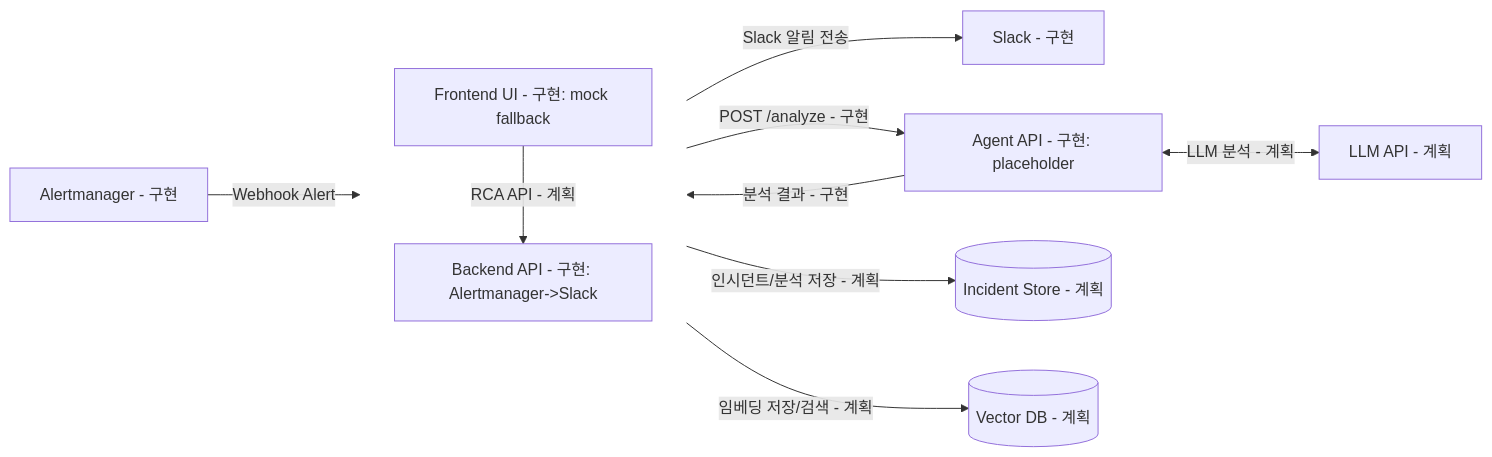
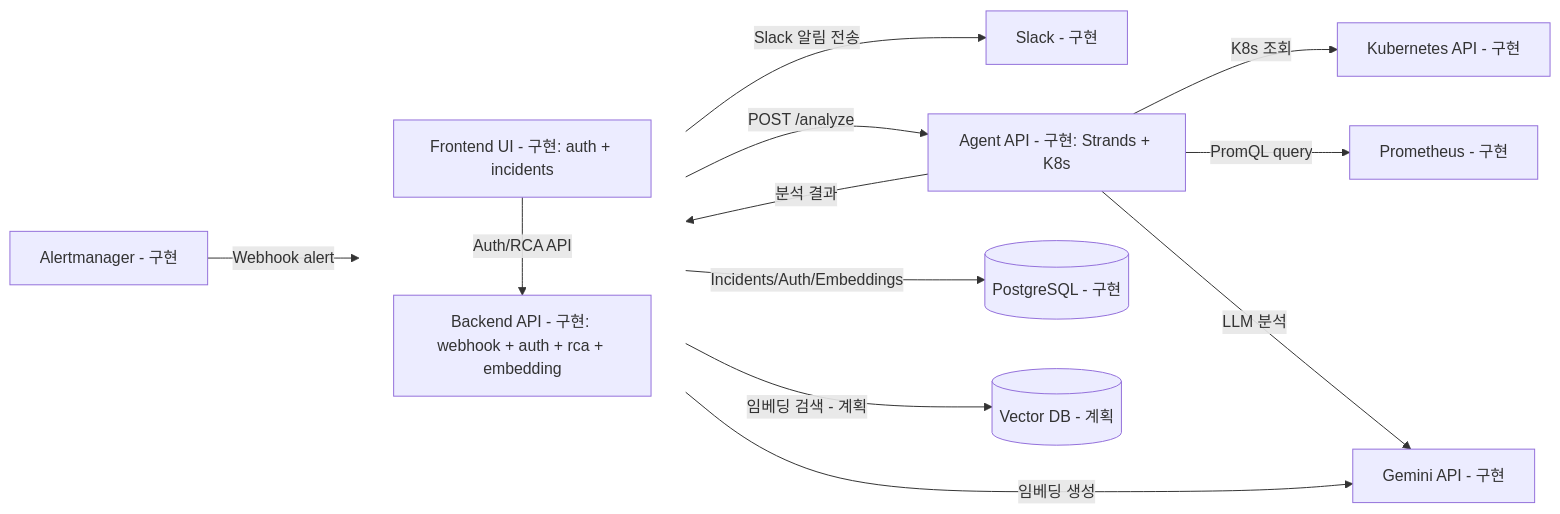
Before and after one commit to kube-rca/kuberca: the diagram in docs/diagrams/system_context_diagram.md, drawn with Mermaid. The commit also changed 5 other files, not shown here.

Commit message:
docs(github): update docs and diagrams

````diff
--- a/docs/diagrams/system_context_diagram.md
+++ b/docs/diagrams/system_context_diagram.md
@@ -1,31 +1,36 @@
 ```mermaid
 flowchart LR
   %% External
   AM[Alertmanager - 구현]
   SL[Slack - 구현]
-  LLM[LLM API - 계획]
+  LLM[Gemini API - 구현]
+  PR[Prometheus - 구현]
+  K8S[Kubernetes API - 구현]
 
   %% Internal
   subgraph Core[" "]
     direction TB
-    FE[Frontend UI - 구현: mock fallback]
-    BE[Backend API - 구현: Alertmanager->Slack]
+    FE[Frontend UI - 구현: auth + incidents]
+    BE[Backend API - 구현: webhook + auth + rca + embedding]
   end
   style Core fill:transparent,stroke:transparent
 
-  AG[Agent API - 구현: placeholder]
-  DB[(Incident Store - 계획)]
+  AG[Agent API - 구현: Strands + K8s]
+  PG[(PostgreSQL - 구현)]
   VDB[(Vector DB - 계획)]
 
-  AM -->|Webhook Alert| BE
+  AM -->|Webhook alert| BE
   BE -->|Slack 알림 전송| SL
 
-  BE -->|POST /analyze - 구현| AG
-  AG -->|분석 결과 - 구현| BE
-  AG <--> |LLM 분석 - 계획| LLM
+  FE -->|Auth/RCA API| BE
+  BE -->|POST /analyze| AG
+  AG -->|분석 결과| BE
 
-  BE -->|인시던트/분석 저장 - 계획| DB
-  BE -->|임베딩 저장/검색 - 계획| VDB
+  AG -->|K8s 조회| K8S
+  AG -->|PromQL query| PR
+  AG -->|LLM 분석| LLM
+  BE -->|임베딩 생성| LLM
 
-  FE -->|RCA API - 계획| BE
+  BE -->|Incidents/Auth/Embeddings| PG
+  BE -->|임베딩 검색 - 계획| VDB
 ```
````
